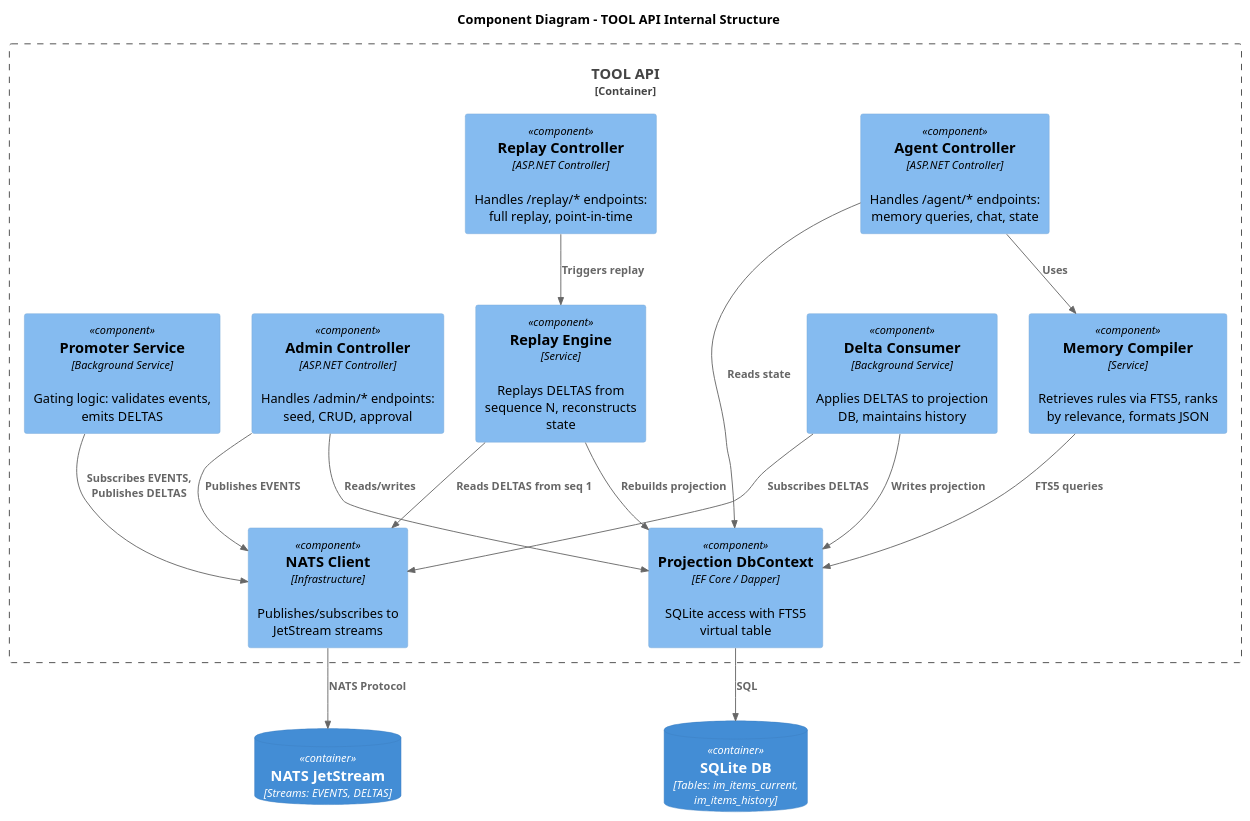
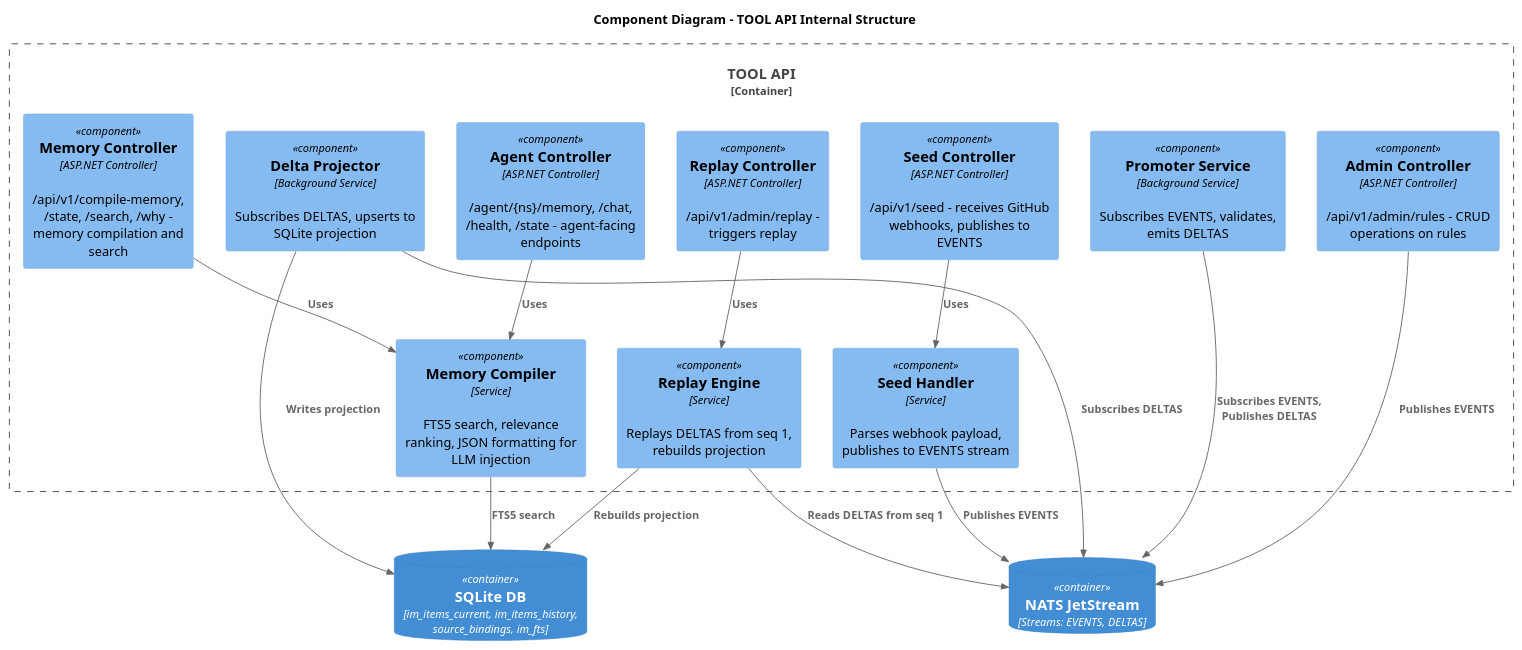
Before and after one commit to ravvnen/TOOL: the diagram in diagrams/c4_3_component.puml, drawn with PlantUML. The commit also changed 5 other files, not shown here.

First line of the commit message:
Fix PlantUML diagrams to reflect actual architecture

```diff
--- a/diagrams/c4_3_component.puml
+++ b/diagrams/c4_3_component.puml
@@ -1,47 +1,56 @@
 @startuml C4_Component
 !include https://raw.githubusercontent.com/plantuml-stdlib/C4-PlantUML/master/C4_Component.puml
 
 title Component Diagram - TOOL API Internal Structure
 
 Container_Boundary(api, "TOOL API") {
 
-    Component(agentController, "Agent Controller", "ASP.NET Controller", "Handles /agent/* endpoints: memory queries, chat, state")
+    Component(seedController, "Seed Controller", "ASP.NET Controller", "/api/v1/seed - receives GitHub webhooks, publishes to EVENTS")
 
-    Component(adminController, "Admin Controller", "ASP.NET Controller", "Handles /admin/* endpoints: seed, CRUD, approval")
+    Component(memoryController, "Memory Controller", "ASP.NET Controller", "/api/v1/compile-memory, /state, /search, /why - memory compilation and search")
 
-    Component(replayController, "Replay Controller", "ASP.NET Controller", "Handles /replay/* endpoints: full replay, point-in-time")
+    Component(agentController, "Agent Controller", "ASP.NET Controller", "/agent/{ns}/memory, /chat, /health, /state - agent-facing endpoints")
 
-    Component(memoryCompiler, "Memory Compiler", "Service", "Retrieves rules via FTS5, ranks by relevance, formats JSON")
+    Component(adminController, "Admin Controller", "ASP.NET Controller", "/api/v1/admin/rules - CRUD operations on rules")
 
-    Component(promoterService, "Promoter Service", "Background Service", "Gating logic: validates events, emits DELTAS")
+    Component(replayController, "Replay Controller", "ASP.NET Controller", "/api/v1/admin/replay - triggers replay")
 
-    Component(deltaConsumer, "Delta Consumer", "Background Service", "Applies DELTAS to projection DB, maintains history")
+    Component(memoryCompiler, "Memory Compiler", "Service", "FTS5 search, relevance ranking, JSON formatting for LLM injection")
 
-    Component(replayEngine, "Replay Engine", "Service", "Replays DELTAS from sequence N, reconstructs state")
+    Component(seedHandler, "Seed Handler", "Service", "Parses webhook payload, publishes to EVENTS stream")
 
-    Component(natsClient, "NATS Client", "Infrastructure", "Publishes/subscribes to JetStream streams")
+    Component(promoterService, "Promoter Service", "Background Service", "Subscribes EVENTS, validates, emits DELTAS")
 
-    Component(dbContext, "Projection DbContext", "EF Core / Dapper", "SQLite access with FTS5 virtual table")
+    Component(deltaProjector, "Delta Projector", "Background Service", "Subscribes DELTAS, upserts to SQLite projection")
+
+    Component(replayEngine, "Replay Engine", "Service", "Replays DELTAS from seq 1, rebuilds projection")
 }
 
 ContainerDb(nats, "NATS JetStream", "Streams: EVENTS, DELTAS")
-ContainerDb(sqlite, "SQLite DB", "Tables: im_items_current, im_items_history")
+ContainerDb(sqlite, "SQLite DB", "im_items_current, im_items_history, source_bindings, im_fts")
 
+' Controller dependencies
+Rel(seedController, seedHandler, "Uses")
+Rel(memoryController, memoryCompiler, "Uses")
 Rel(agentController, memoryCompiler, "Uses")
-Rel(agentController, dbContext, "Reads state")
-Rel(adminController, natsClient, "Publishes EVENTS")
-Rel(adminController, dbContext, "Reads/writes")
-Rel(replayController, replayEngine, "Triggers replay")
+Rel(replayController, replayEngine, "Uses")
 
-Rel(promoterService, natsClient, "Subscribes EVENTS, Publishes DELTAS")
-Rel(deltaConsumer, natsClient, "Subscribes DELTAS")
-Rel(deltaConsumer, dbContext, "Writes projection")
+' Seed flow
+Rel(seedHandler, nats, "Publishes EVENTS")
 
-Rel(memoryCompiler, dbContext, "FTS5 queries")
-Rel(replayEngine, natsClient, "Reads DELTAS from seq 1")
-Rel(replayEngine, dbContext, "Rebuilds projection")
+' Admin flow
+Rel(adminController, nats, "Publishes EVENTS")
 
-Rel(natsClient, nats, "NATS Protocol")
-Rel(dbContext, sqlite, "SQL")
+' Background services
+Rel(promoterService, nats, "Subscribes EVENTS, Publishes DELTAS")
+Rel(deltaProjector, nats, "Subscribes DELTAS")
+Rel(deltaProjector, sqlite, "Writes projection")
+
+' Query flow
+Rel(memoryCompiler, sqlite, "FTS5 search")
+
+' Replay flow
+Rel(replayEngine, nats, "Reads DELTAS from seq 1")
+Rel(replayEngine, sqlite, "Rebuilds projection")
 
 @enduml
```
